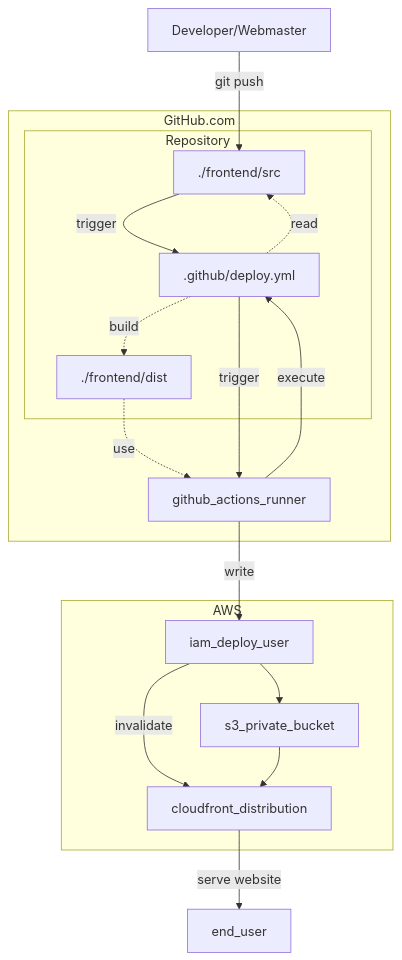
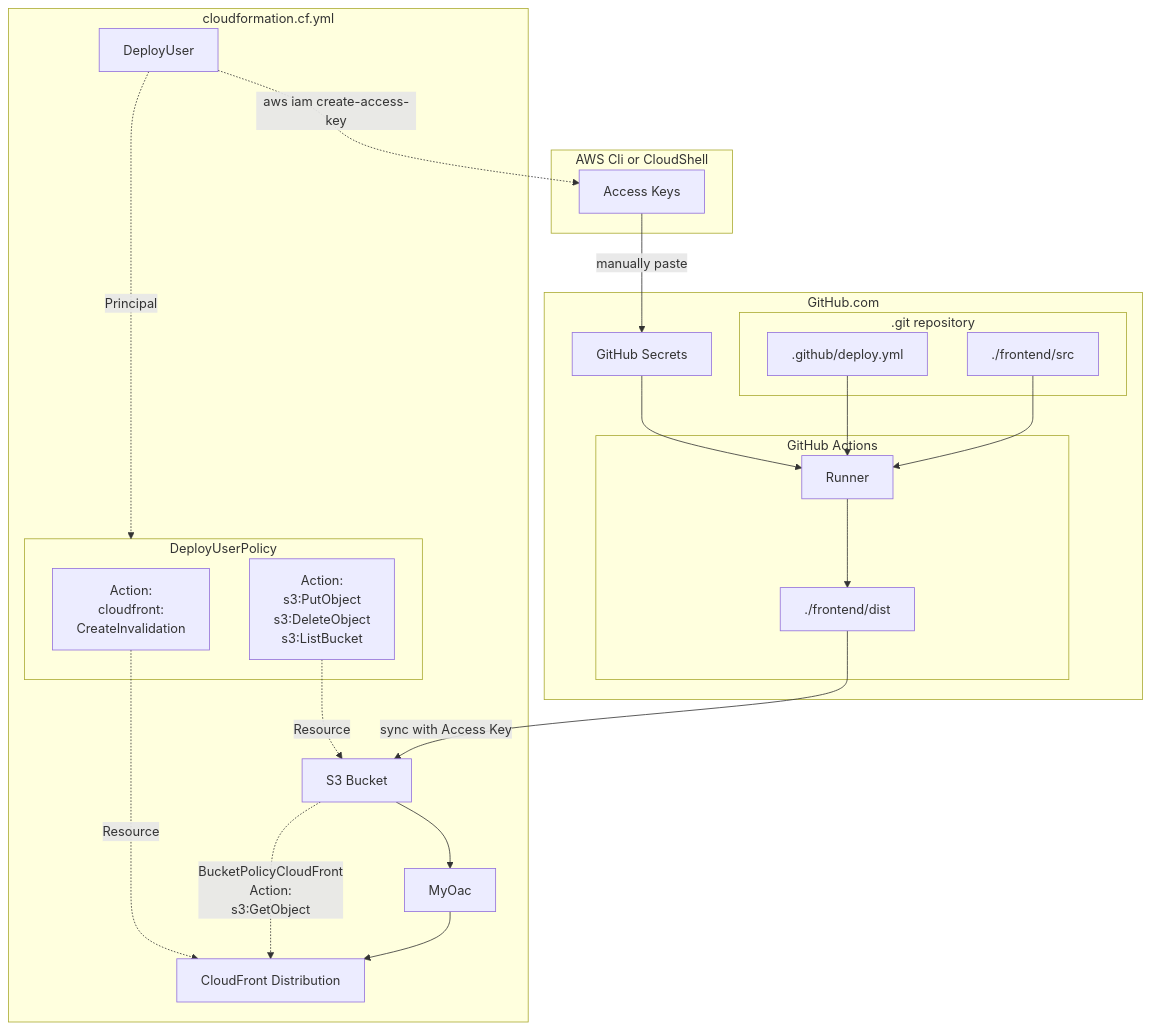
The first of 2 diagrams in README.md (Codingschule/aws-astro-headless-cms-deployment), drawn with Mermaid before and after one commit. The commit also changed other lines of this file, not shown here.

Commit message:
readme WIP mermaid Topology

````diff
--- a/README.md
+++ b/README.md
@@ -43,51 +43,44 @@
 ```mermaid
-graph TD
-
+flowchart TD
     %% =====================
-    %% GitHub
-    %% =====================
-    Dev[Developer/Webmaster]
     subgraph GitHub.com
-
-        subgraph Repository
-            SRC[./frontend/src]
-            Dist[./frontend/dist]
-            WF[.github/deploy.yml]
+        subgraph .git repository
+          SRC[./frontend/src]
+          WF[.github/deploy.yml]
         end
 
-        GHA[github_actions_runner]
+        SEC[GitHub Secrets]
+
+        subgraph GitHub Actions
+          Dist[./frontend/dist]
+          RUN[Runner]
+        end
     end
-
     %% =====================
-    %% AWS
+    subgraph CLI[AWS Cli or CloudShell]
+        KEY[Access Keys]
+    end
     %% =====================
-    subgraph AWS
-        IAM[iam_deploy_user]
-        S3[s3_private_bucket]
-        CF[cloudfront_distribution]
+    subgraph AWS[cloudformation.cf.yml]
+        IAM[DeployUser]
+        CF[CloudFront Distribution]
+        S3[S3 Bucket]
+        OAC[MyOac]
+        subgraph PolDep[DeployUserPolicy]
+          Inv[Action:<br />cloudfront:<br />CreateInvalidation]
+          Wri[Action:<br />s3:PutObject<br />s3:DeleteObject<br />s3:ListBucket]
+        end
     end
-
     %% =====================
-    %% Dataflow
-    %% =====================
-    Dev -- git push --> SRC
-    
-    
-    SRC -- trigger --> WF
-    WF -. read .-> SRC
-    WF -. build .-> Dist
-    Dist -. use .-> GHA
-    WF -- trigger --> GHA 
-    GHA -- execute --> WF
-
-    GHA -- write --> IAM
-    IAM --> S3
-    IAM -- invalidate --> CF
-
-    S3 --> CF
+        IAM -.Principal.-> PolDep
+          Wri -.Resource.-> S3
+          Inv -.Resource.-> CF
+        S3 -. BucketPolicyCloudFront<br />Action:<br/>s3:GetObject .-> CF
+        IAM -.aws iam create-access-key .-> KEY -- manually paste --> SEC
+        SEC --> RUN
+        WF --> RUN
+        SRC --> RUN
+        RUN --> Dist --sync with Access Key--> S3 --> OAC --> CF
 
 
-    User[end_user]
-    CF -- serve website--> User
-
 ```
````
